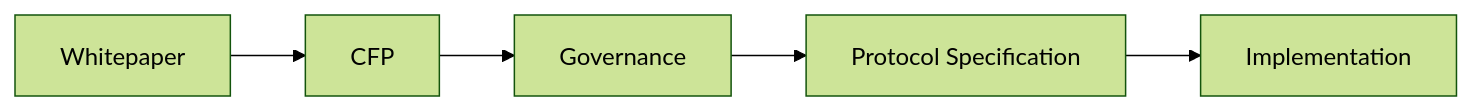
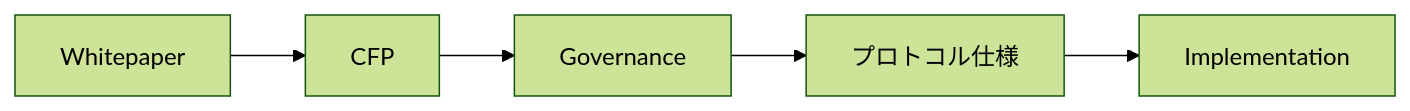
Before and after one commit to ShigeichiroYamasaki/creator-first-platform: the third of 3 diagrams in docs/proposals/index.md, drawn with Mermaid (forest theme). The commit also changed other lines of this file and 67 other files, not shown here.

````diff
--- a/docs/proposals/index.md
+++ b/docs/proposals/index.md
@@ -87,10 +87,10 @@
 ```mermaid
 flowchart LR
     WP[Whitepaper]
     CFP[CFP]
     GOV[Governance]
-    SPEC[Protocol Specification]
+    SPEC[プロトコル仕様]
     IMPL[Implementation]
 
     WP --> CFP --> GOV --> SPEC --> IMPL
 ```
````
